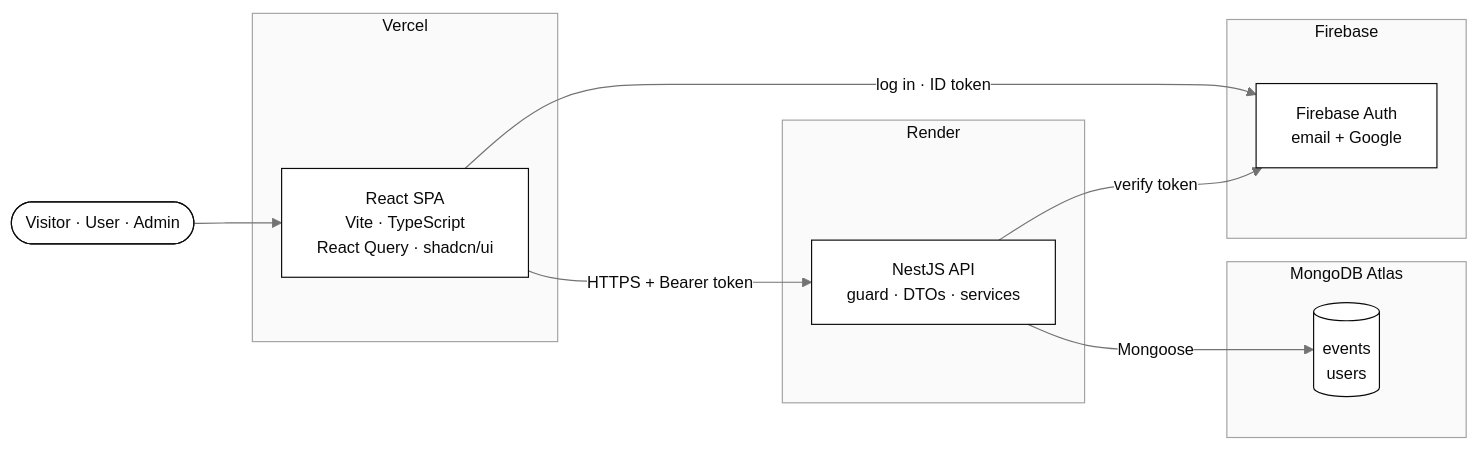
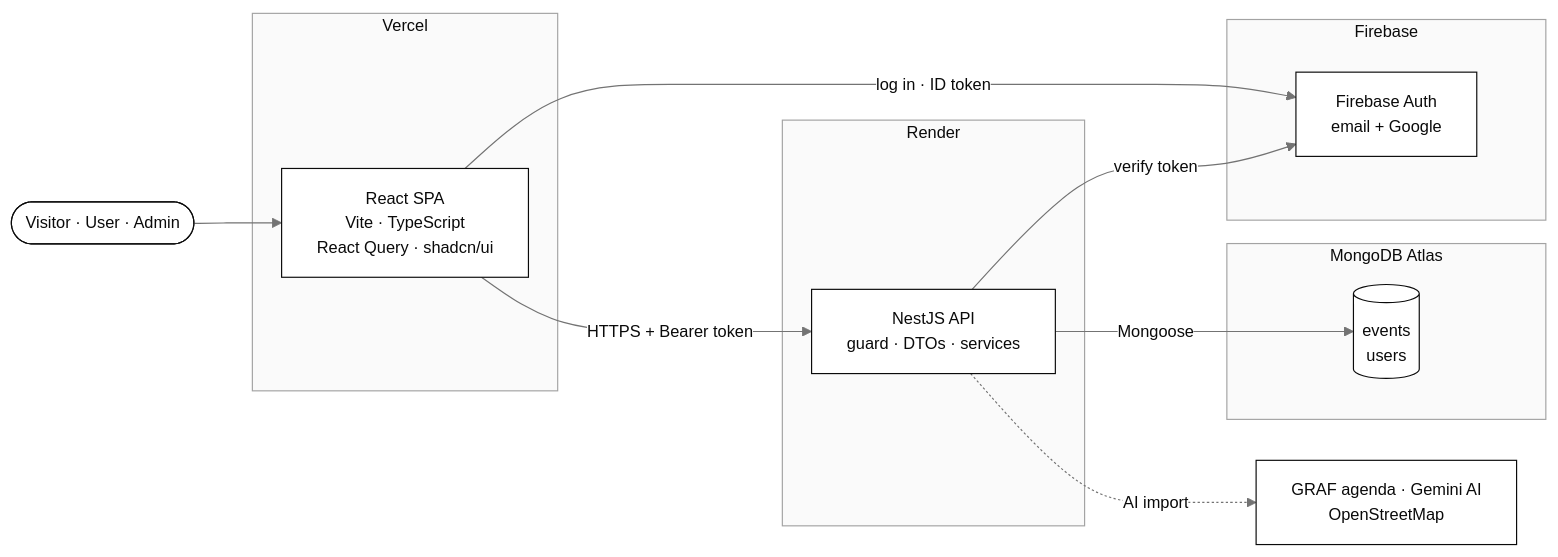
Before and after one commit to juannarowe/artroute: the first of 9 diagrams in README.md, drawn with Mermaid. The commit also changed other lines of this file, not shown here.

Commit message:
docs: AI import in the README (diagram, API, env vars, tests)

````diff
--- a/README.md
+++ b/README.md
@@ -53,22 +55,23 @@
 ```mermaid
 %%{init: {"theme": "base", "themeVariables": {"fontFamily": "ui-sans-serif, system-ui, sans-serif", "fontSize": "14px", "primaryColor": "#ffffff", "primaryTextColor": "#0a0a0a", "primaryBorderColor": "#0a0a0a", "secondaryColor": "#f5f5f5", "tertiaryColor": "#fafafa", "lineColor": "#737373", "textColor": "#737373", "clusterBkg": "#fafafa", "clusterBorder": "#a3a3a3", "titleColor": "#0a0a0a", "edgeLabelBackground": "#ffffff", "actorBkg": "#ffffff", "actorBorder": "#0a0a0a", "actorTextColor": "#0a0a0a", "actorLineColor": "#a3a3a3", "signalColor": "#737373", "signalTextColor": "#737373", "noteBkgColor": "#f5f5f5", "noteBorderColor": "#a3a3a3", "noteTextColor": "#0a0a0a", "labelBoxBkgColor": "#ffffff", "labelBoxBorderColor": "#0a0a0a", "labelTextColor": "#0a0a0a", "loopTextColor": "#737373", "activationBkgColor": "#f5f5f5", "activationBorderColor": "#0a0a0a", "attributeBackgroundColorOdd": "#ffffff", "attributeBackgroundColorEven": "#f5f5f5"}}}%%
 flowchart LR
   person(["Visitor · User · Admin"])
   subgraph vercel ["Vercel"]
     spa["React SPA<br/>Vite · TypeScript<br/>React Query · shadcn/ui"]
   end
   subgraph firebase ["Firebase"]
     fbauth["Firebase Auth<br/>email + Google"]
   end
   subgraph render ["Render"]
     api["NestJS API<br/>guard · DTOs · services"]
   end
   subgraph atlas ["MongoDB Atlas"]
     db[("events<br/>users")]
   end
   person --> spa
   spa -- "log in · ID token" --> fbauth
   spa -- "HTTPS + Bearer token" --> api
   api -- "verify token" --> fbauth
   api -- "Mongoose" --> db
+  api -. "AI import" .-> ext["GRAF agenda · Gemini AI<br/>OpenStreetMap"]
 ```
````
